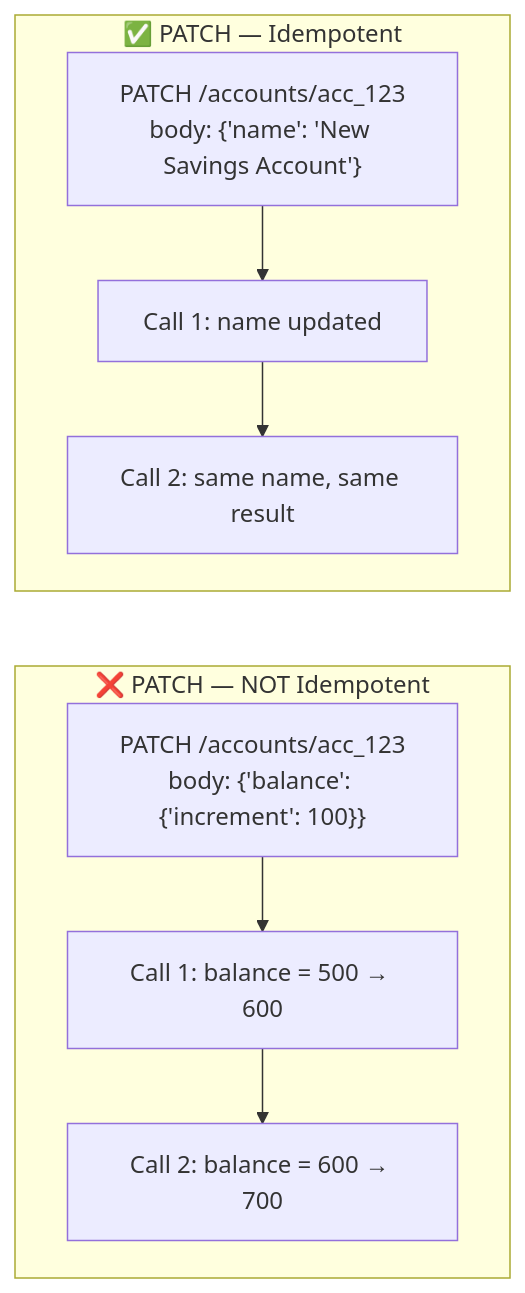
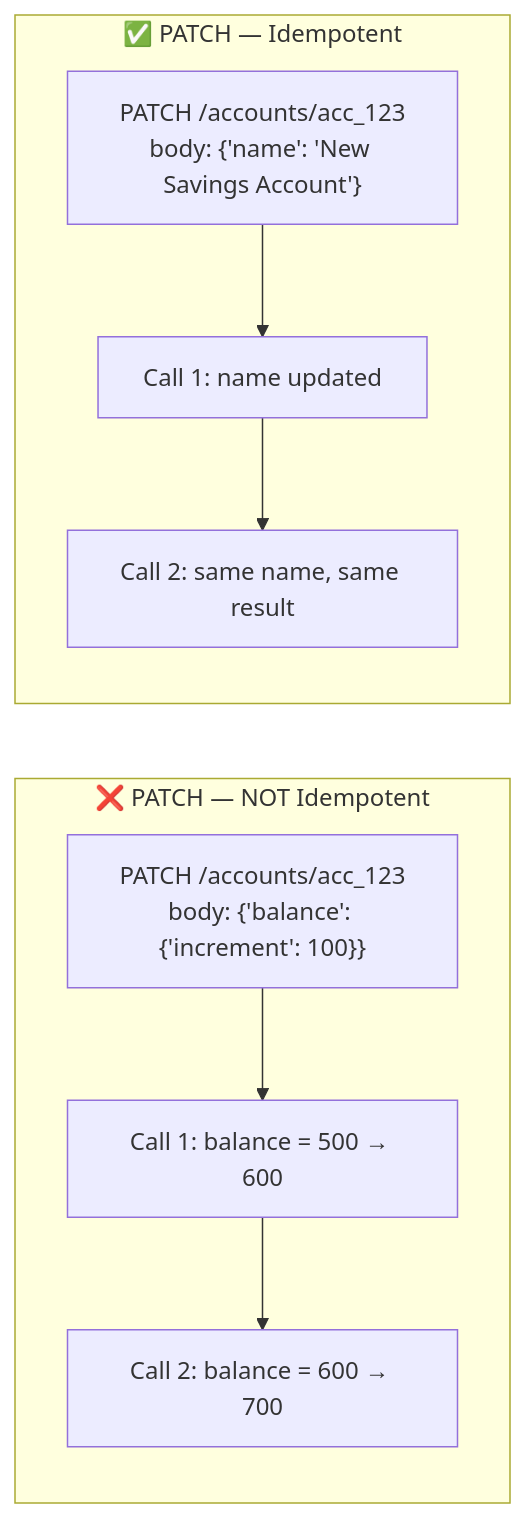
The seventh of 8 diagrams in internal/fundamentals/api-fundamentals/02-idempotency.md (romangurevitch/GoTraining), drawn with Mermaid before and after one commit. The commit also changed other lines of this file and 20 other files, not shown here.

````diff
--- a/internal/fundamentals/api-fundamentals/02-idempotency.md
+++ b/internal/fundamentals/api-fundamentals/02-idempotency.md
@@ -155,19 +166,21 @@
 ```mermaid
-graph TB
+graph TD
 
     subgraph Idem["✅ PATCH — Idempotent"]
+        direction TB
         Q1["PATCH /accounts/acc_123<br/>body: {'name': 'New Savings Account'}"]
         Q2["Call 1: name updated"]
         Q3["Call 2: same name, same result"]
         Q1 --> Q2 --> Q3
     end
 
+    Idem ~~~ NonIdem
+
     subgraph NonIdem["❌ PATCH — NOT Idempotent"]
+        direction TB
         P1["PATCH /accounts/acc_123<br/>body: {'balance': {'increment': 100}}"]
         P2["Call 1: balance = 500 → 600"]
         P3["Call 2: balance = 600 → 700"]
         P1 --> P2 --> P3
     end
-
-    Q3 ~~~ P1
 ```
````
